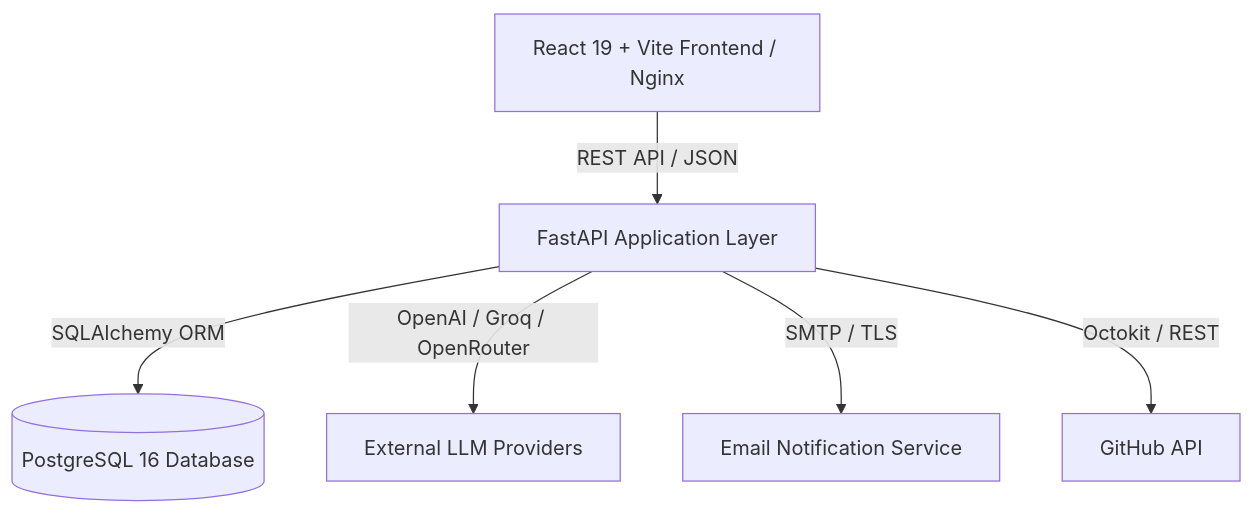
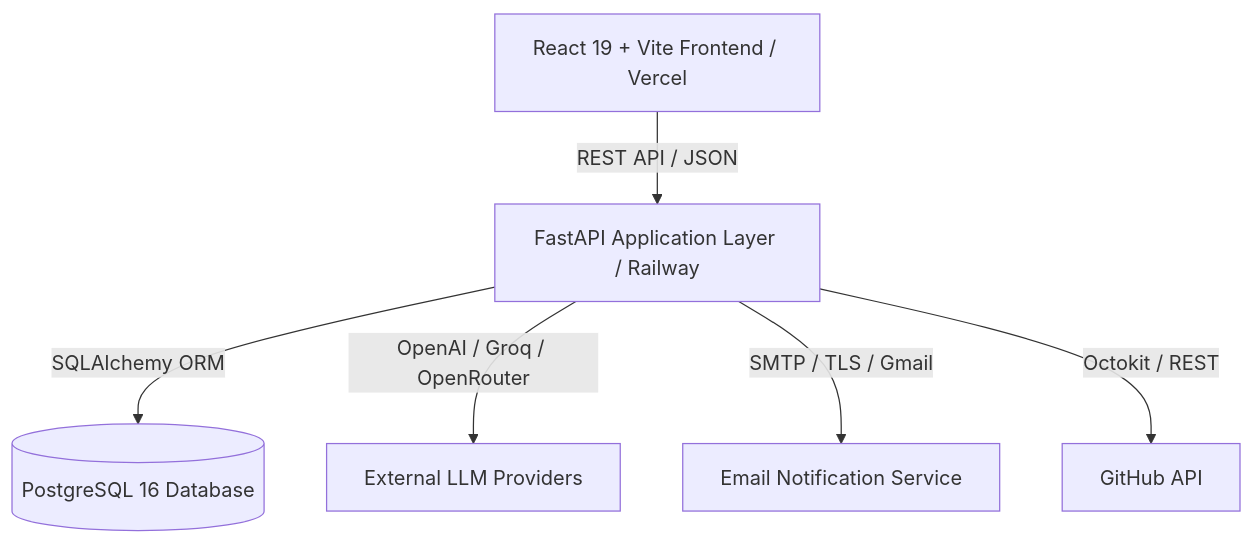
The diagram in README.md (rakshith894/AI-Intelligent-Workspace), drawn with Mermaid before and after one commit. The commit also changed other lines of this file, not shown here.

Commit message:
docs: update README.md with workspace lifecycle, role management, invitation hub, data export, and API reference

````diff
--- a/README.md
+++ b/README.md
@@ -41,8 +59,8 @@
 ```mermaid
 graph TD
-    Client[React 19 + Vite Frontend / Nginx] -->|REST API / JSON| Backend[FastAPI Application Layer]
+    Client[React 19 + Vite Frontend / Vercel] -->|REST API / JSON| Backend[FastAPI Application Layer / Railway]
     Backend -->|SQLAlchemy ORM| DB[(PostgreSQL 16 Database)]
     Backend -->|OpenAI / Groq / OpenRouter| LLM[External LLM Providers]
-    Backend -->|SMTP / TLS| Email[Email Notification Service]
+    Backend -->|SMTP / TLS / Gmail| Email[Email Notification Service]
     Backend -->|Octokit / REST| GitHub[GitHub API]
 ```
````
